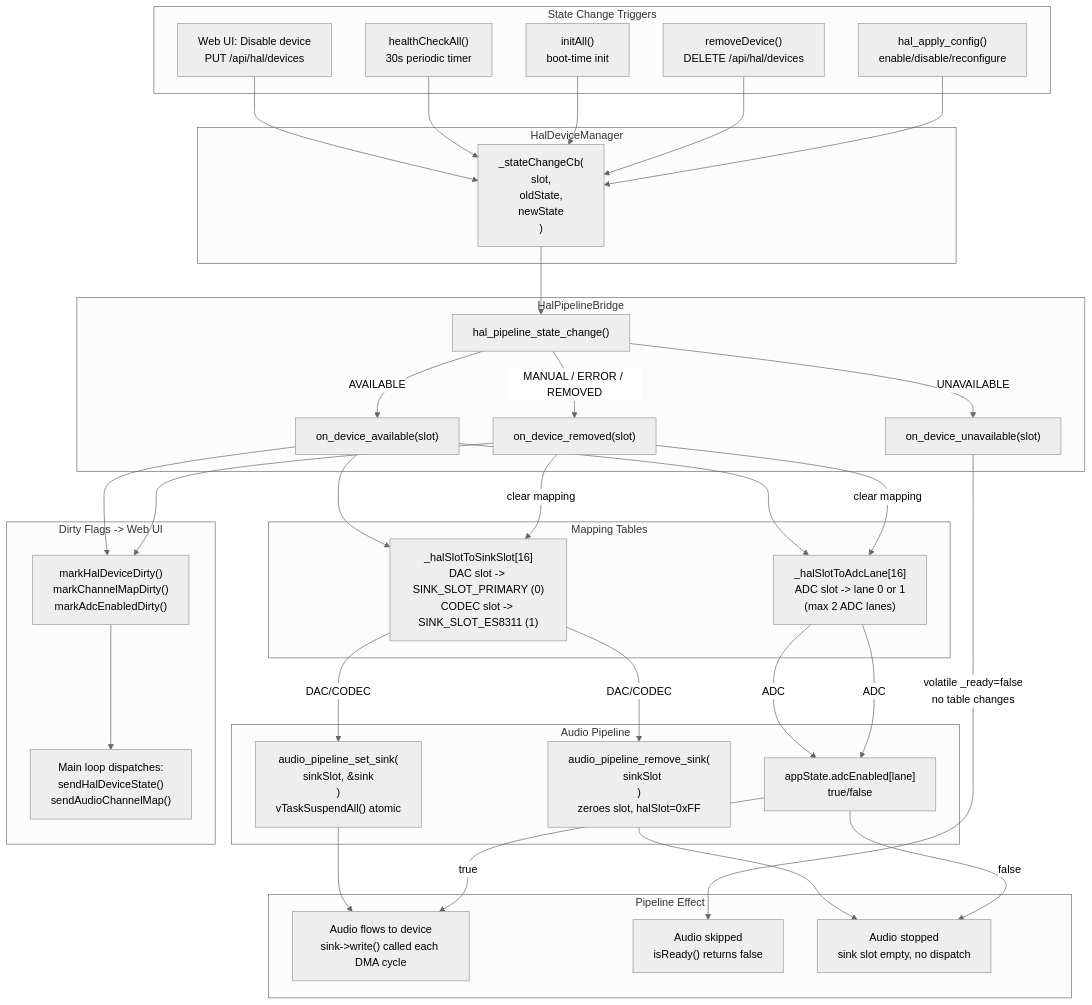
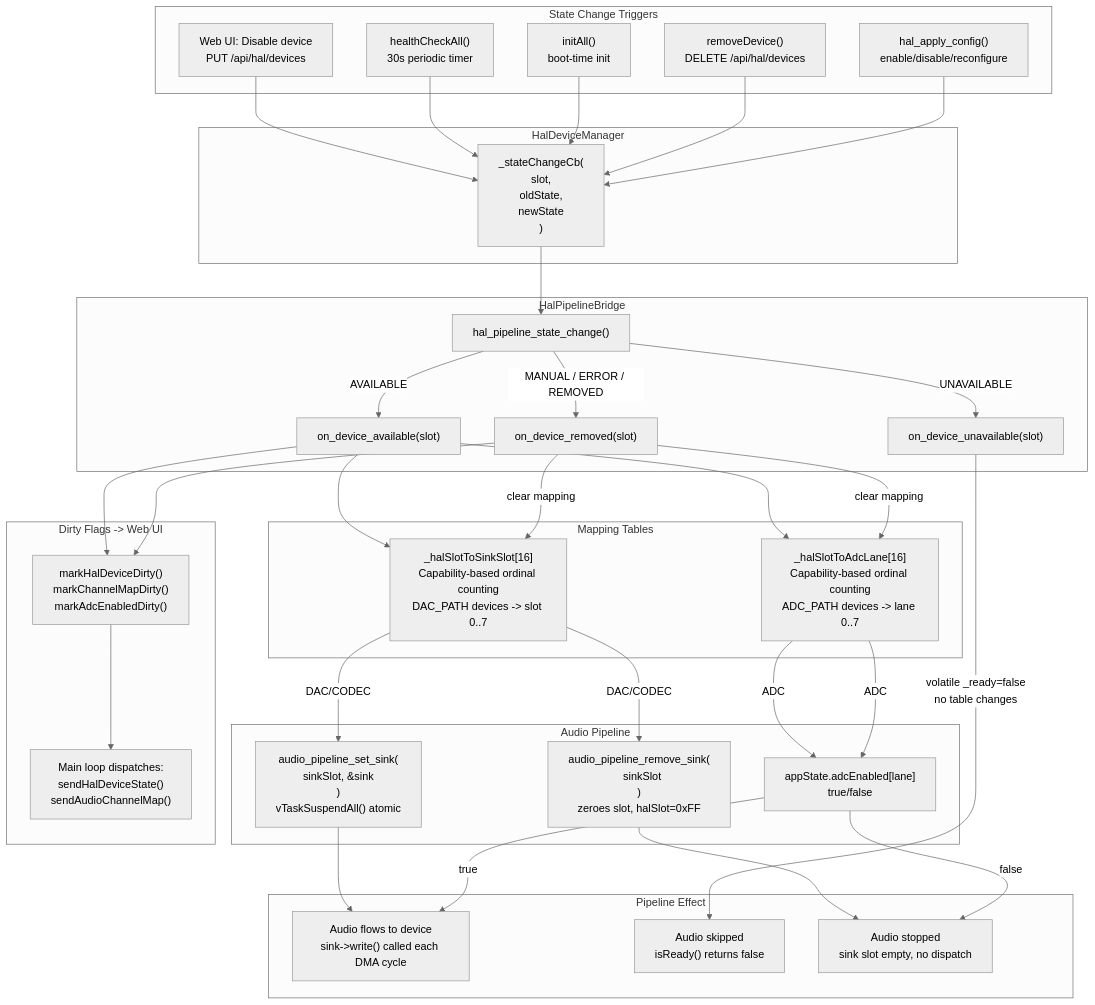
One commit to Schmackos/ALX_Nova_Controller_2 changed the third of 10 diagrams in docs/architecture/diagrams.md. Above: the diagram before and after it, drawn with Mermaid (neutral theme). The commit also changed other lines of this file and 21 other files, not shown here.

````diff
--- a/docs/architecture/diagrams.md
+++ b/docs/architecture/diagrams.md
@@ -165,75 +165,75 @@
 ```mermaid
 flowchart TB
     subgraph triggers["State Change Triggers"]
         T1["Web UI: Disable device\nPUT /api/hal/devices"]
         T2["healthCheckAll()\n30s periodic timer"]
         T3["initAll()\nboot-time init"]
         T4["removeDevice()\nDELETE /api/hal/devices"]
         T5["hal_apply_config()\nenable/disable/reconfigure"]
     end
 
     subgraph manager["HalDeviceManager"]
         CB["_stateChangeCb(\n  slot,\n  oldState,\n  newState\n)"]
     end
 
     subgraph bridge["HalPipelineBridge"]
         SC["hal_pipeline_state_change()"]
         AVL["on_device_available(slot)"]
         UNV["on_device_unavailable(slot)"]
         REM["on_device_removed(slot)"]
     end
 
     subgraph tables["Mapping Tables"]
-        SINK_MAP["_halSlotToSinkSlot[16]\nDAC slot -> SINK_SLOT_PRIMARY (0)\nCODEC slot -> SINK_SLOT_ES8311 (1)"]
-        ADC_MAP["_halSlotToAdcLane[16]\nADC slot -> lane 0 or 1\n(max 2 ADC lanes)"]
+        SINK_MAP["_halSlotToSinkSlot[16]\nCapability-based ordinal counting\nDAC_PATH devices -> slot 0..7"]
+        ADC_MAP["_halSlotToAdcLane[16]\nCapability-based ordinal counting\nADC_PATH devices -> lane 0..7"]
     end
 
     subgraph pipeline["Audio Pipeline"]
         SET["audio_pipeline_set_sink(\n  sinkSlot, &sink\n)\nvTaskSuspendAll() atomic"]
         RMV["audio_pipeline_remove_sink(\n  sinkSlot\n)\nzeroes slot, halSlot=0xFF"]
         ADC_EN["appState.adcEnabled[lane]\ntrue/false"]
     end
 
     subgraph output["Pipeline Effect"]
         FLOWS["Audio flows to device\nsink->write() called each DMA cycle"]
         SKIPS["Audio skipped\nisReady() returns false"]
         STOPS["Audio stopped\nsink slot empty, no dispatch"]
     end
 
     subgraph dirty["Dirty Flags -> Web UI"]
         DF["markHalDeviceDirty()\nmarkChannelMapDirty()\nmarkAdcEnabledDirty()"]
         WS["Main loop dispatches:\nsendHalDeviceState()\nsendAudioChannelMap()"]
     end
 
     T1 --> CB
     T2 --> CB
     T3 --> CB
     T4 --> CB
     T5 --> CB
 
     CB --> SC
 
     SC -->|"AVAILABLE"| AVL
     SC -->|"UNAVAILABLE"| UNV
     SC -->|"MANUAL / ERROR / REMOVED"| REM
 
     AVL --> SINK_MAP
     AVL --> ADC_MAP
     SINK_MAP -->|"DAC/CODEC"| SET
     ADC_MAP -->|"ADC"| ADC_EN
     SET --> FLOWS
     ADC_EN -->|"true"| FLOWS
 
     UNV -->|"volatile _ready=false\nno table changes"| SKIPS
 
     REM -->|"clear mapping"| SINK_MAP
     REM -->|"clear mapping"| ADC_MAP
     SINK_MAP -->|"DAC/CODEC"| RMV
     ADC_MAP -->|"ADC"| ADC_EN
     RMV --> STOPS
     ADC_EN -->|"false"| STOPS
 
     AVL --> DF
     REM --> DF
     DF --> WS
 ```
````
